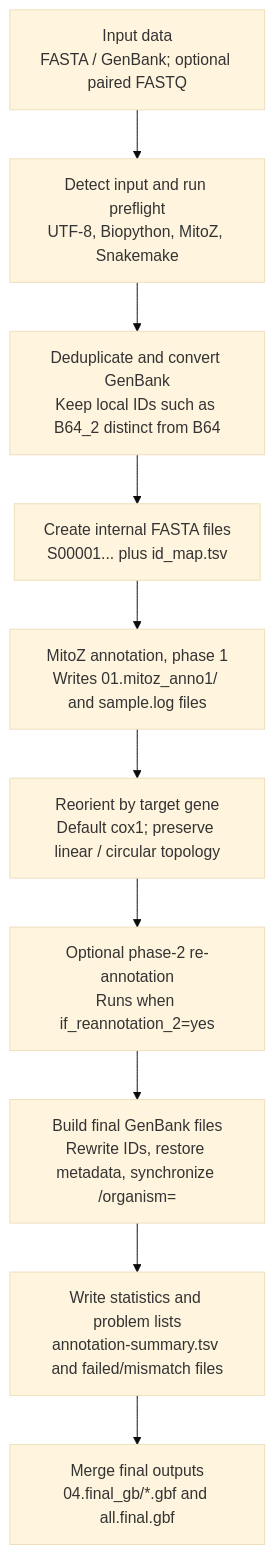
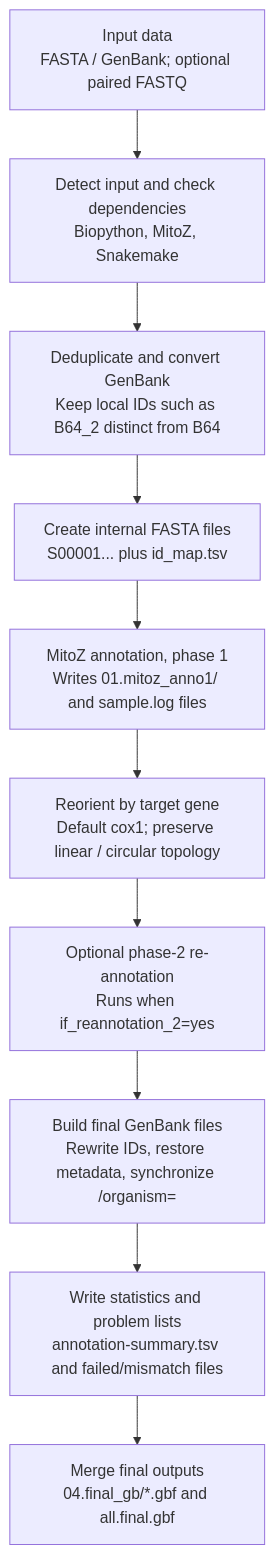
The second of 2 diagrams in Mitoz-annotate/README.md (deyuanyang92-dev/Temp_scripts), drawn with Mermaid before and after one commit. The commit also changed other lines of this file and 5 other files, not shown here.

````diff
--- a/Mitoz-annotate/README.md
+++ b/Mitoz-annotate/README.md
@@ -699,15 +652,14 @@
 ```mermaid
-%%{init: {"theme": "base", "flowchart": {"htmlLabels": true}, "themeVariables": {"fontFamily": "Noto Sans CJK SC, Source Han Sans SC, Microsoft YaHei, SimHei, WenQuanYi Micro Hei, PingFang SC, Arial, sans-serif"}}}%%
 flowchart TD
     A["Input data<br/>FASTA / GenBank; optional paired FASTQ"]
-    B["Detect input and run preflight<br/>UTF-8, Biopython, MitoZ, Snakemake"]
+    B["Detect input and check dependencies<br/>Biopython, MitoZ, Snakemake"]
     C["Deduplicate and convert GenBank<br/>Keep local IDs such as B64_2 distinct from B64"]
     D["Create internal FASTA files<br/>S00001... plus id_map.tsv"]
     E["MitoZ annotation, phase 1<br/>Writes 01.mitoz_anno1/ and sample.log files"]
     F["Reorient by target gene<br/>Default cox1; preserve linear / circular topology"]
     G["Optional phase-2 re-annotation<br/>Runs when if_reannotation_2=yes"]
     H["Build final GenBank files<br/>Rewrite IDs, restore metadata, synchronize /organism="]
     I["Write statistics and problem lists<br/>annotation-summary.tsv and failed/mismatch files"]
     J["Merge final outputs<br/>04.final_gb/*.gbf and all.final.gbf"]
     A --> B --> C --> D --> E --> F --> G --> H --> I --> J
 ```
````
